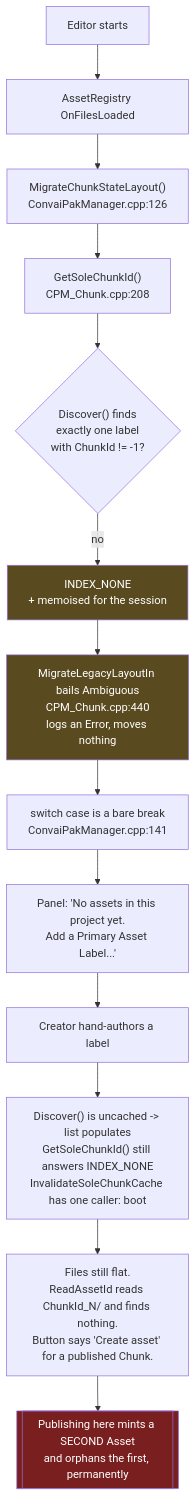
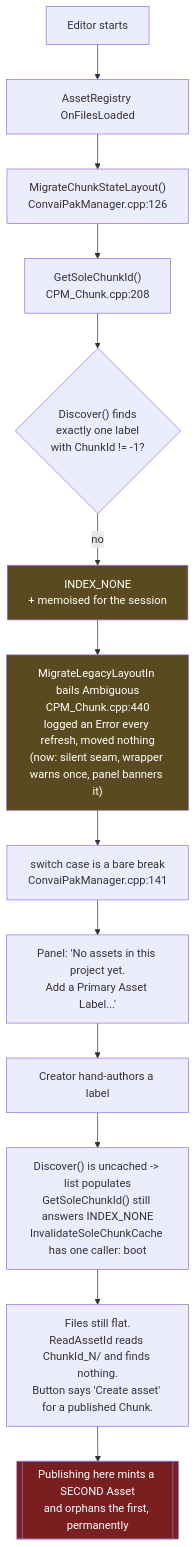
One commit to Conv-AI/Convai-UnrealEngine-PakManager changed the diagram in .scratch/legacy-parity/PRD.md. Above: the diagram before and after it, drawn with Mermaid. The commit also changed other lines of this file, not shown here.

First line of the commit message:
docs(legacy-parity): close the register

````diff
--- a/.scratch/legacy-parity/PRD.md
+++ b/.scratch/legacy-parity/PRD.md
@@ -20,19 +22,19 @@
 ```mermaid
 flowchart TD
     A[Editor starts] --> B[AssetRegistry OnFilesLoaded]
     B --> C["MigrateChunkStateLayout()<br/>ConvaiPakManager.cpp:126"]
     C --> D["GetSoleChunkId()<br/>CPM_Chunk.cpp:208"]
     D --> E{"Discover() finds<br/>exactly one label<br/>with ChunkId != -1?"}
     E -- no --> F["INDEX_NONE<br/>+ memoised for the session"]
-    F --> G["MigrateLegacyLayoutIn bails Ambiguous<br/>CPM_Chunk.cpp:440<br/>logs an Error, moves nothing"]
+    F --> G["MigrateLegacyLayoutIn bails Ambiguous<br/>CPM_Chunk.cpp:440<br/>logged an Error every refresh, moved nothing<br/>(now: silent seam, wrapper warns once, panel banners it)"]
     G --> H["switch case is a bare break<br/>ConvaiPakManager.cpp:141"]
     H --> I[Panel: 'No assets in this project yet.<br/>Add a Primary Asset Label...']
     I --> J[Creator hand-authors a label]
     J --> K["Discover() is uncached -> list populates<br/>GetSoleChunkId() still answers INDEX_NONE<br/>InvalidateSoleChunkCache has one caller: boot"]
     K --> L["Files still flat.<br/>ReadAssetId reads ChunkId_N/ and finds nothing.<br/>Button says 'Create asset' for a published Chunk."]
     L --> M[["Publishing here mints a SECOND Asset<br/>and orphans the first, permanently"]]
 
     style M fill:#7a1f1f,color:#fff
     style G fill:#5a4a1f,color:#fff
     style F fill:#5a4a1f,color:#fff
 ```
````
